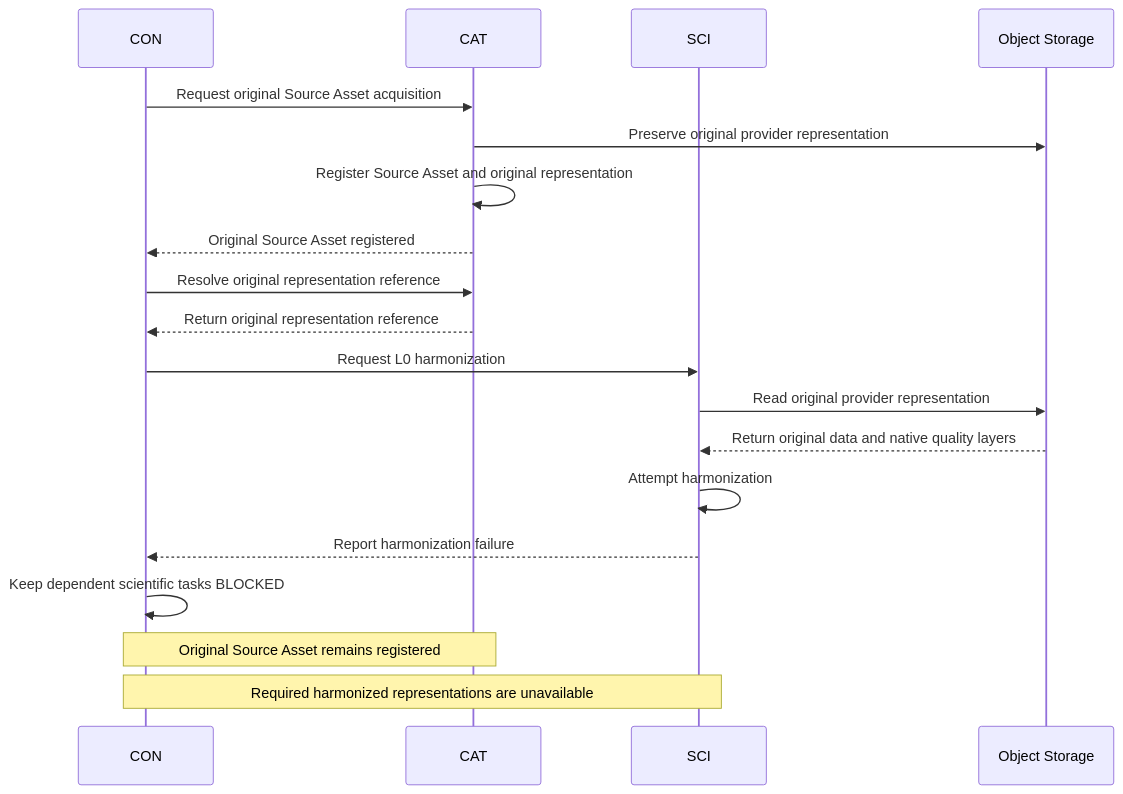
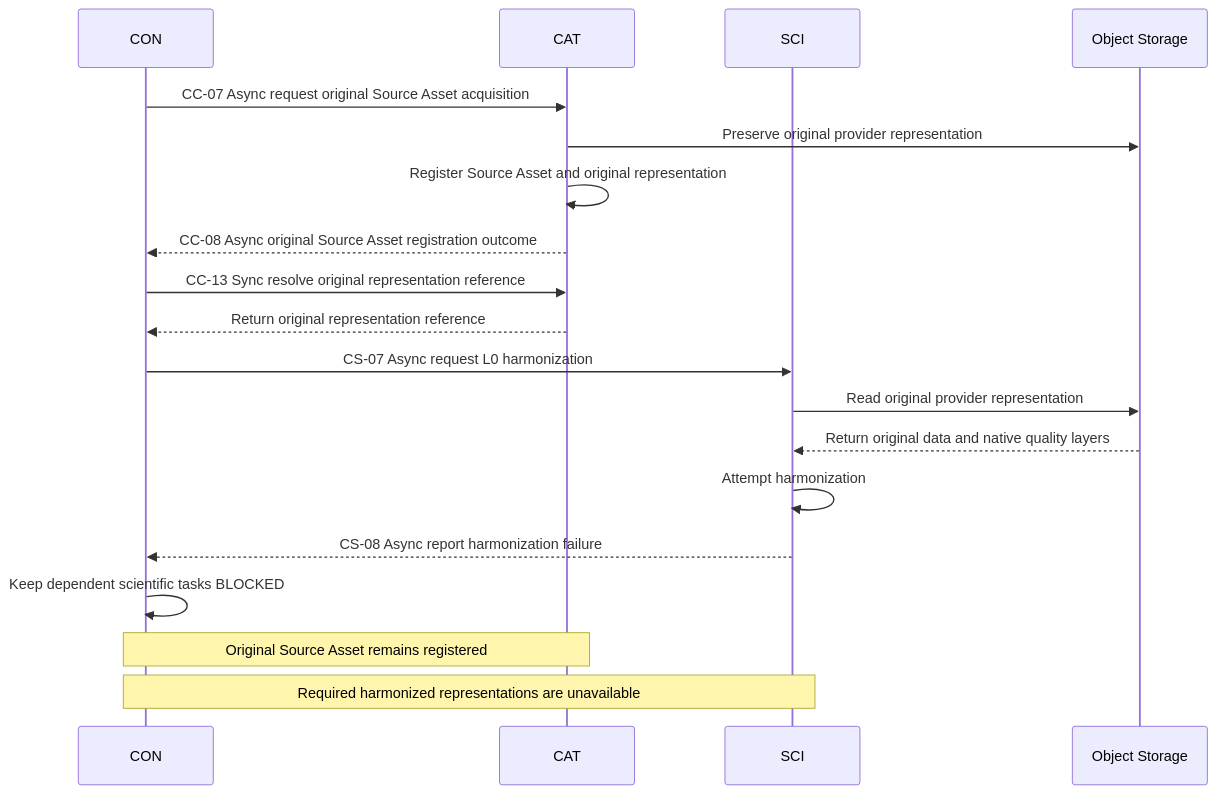
Before and after one commit to arnaudsomville/MEOGAP: the first of 4 diagrams in documentation/architecture/sequence_diagrams/failure-and-recovery.md, drawn with Mermaid. The commit also changed other lines of this file, not shown here.

Commit message:
Annotate async and sync workflow steps

````diff
--- a/documentation/architecture/sequence_diagrams/failure-and-recovery.md
+++ b/documentation/architecture/sequence_diagrams/failure-and-recovery.md
@@ -23,22 +23,22 @@
 ```mermaid
 sequenceDiagram
     participant CON
     participant CAT
     participant SCI
     participant S3 as Object Storage
 
-    CON->>CAT: Request original Source Asset acquisition
+    CON->>CAT: CC-07 Async request original Source Asset acquisition
     CAT->>S3: Preserve original provider representation
     CAT->>CAT: Register Source Asset and original representation
-    CAT-->>CON: Original Source Asset registered
-    CON->>CAT: Resolve original representation reference
+    CAT-->>CON: CC-08 Async original Source Asset registration outcome
+    CON->>CAT: CC-13 Sync resolve original representation reference
     CAT-->>CON: Return original representation reference
-    CON->>SCI: Request L0 harmonization
+    CON->>SCI: CS-07 Async request L0 harmonization
     SCI->>S3: Read original provider representation
     S3-->>SCI: Return original data and native quality layers
     SCI->>SCI: Attempt harmonization
-    SCI-->>CON: Report harmonization failure
+    SCI-->>CON: CS-08 Async report harmonization failure
     CON->>CON: Keep dependent scientific tasks BLOCKED
     Note over CAT,CON: Original Source Asset remains registered
     Note over CON,SCI: Required harmonized representations are unavailable
 ```
````
